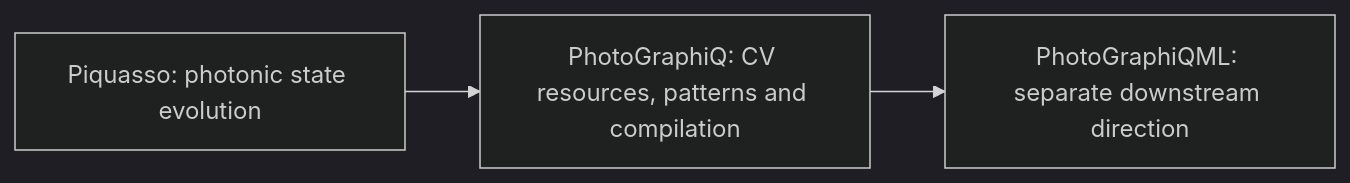
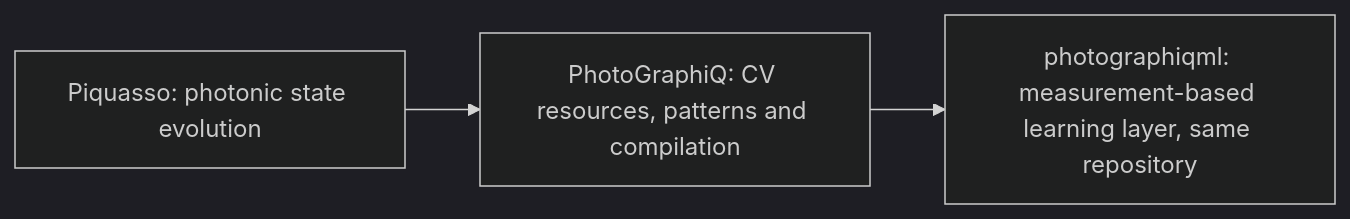
The diagram in docs/index.md (chinmoybiswasdeep/PhotoGraphiQ), drawn with Mermaid (dark theme) before and after one commit. The commit also changed other lines of this file and 1101 other files, not shown here.

````diff
--- a/docs/index.md
+++ b/docs/index.md
@@ -21,5 +21,5 @@
 ```mermaid
 flowchart LR
   P[Piquasso: photonic state evolution] --> Q[PhotoGraphiQ: CV resources, patterns and compilation]
-  Q --> M[PhotoGraphiQML: separate downstream direction]
+  Q --> M[photographiqml: measurement-based learning layer, same repository]
 ```
````
